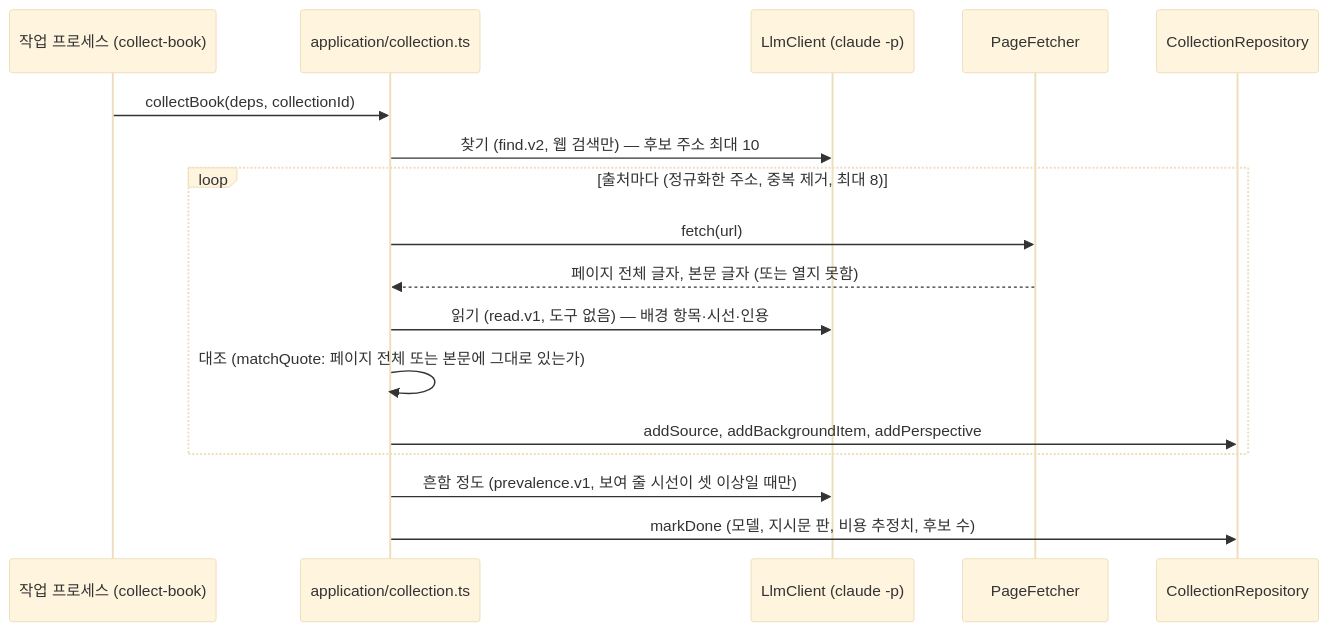
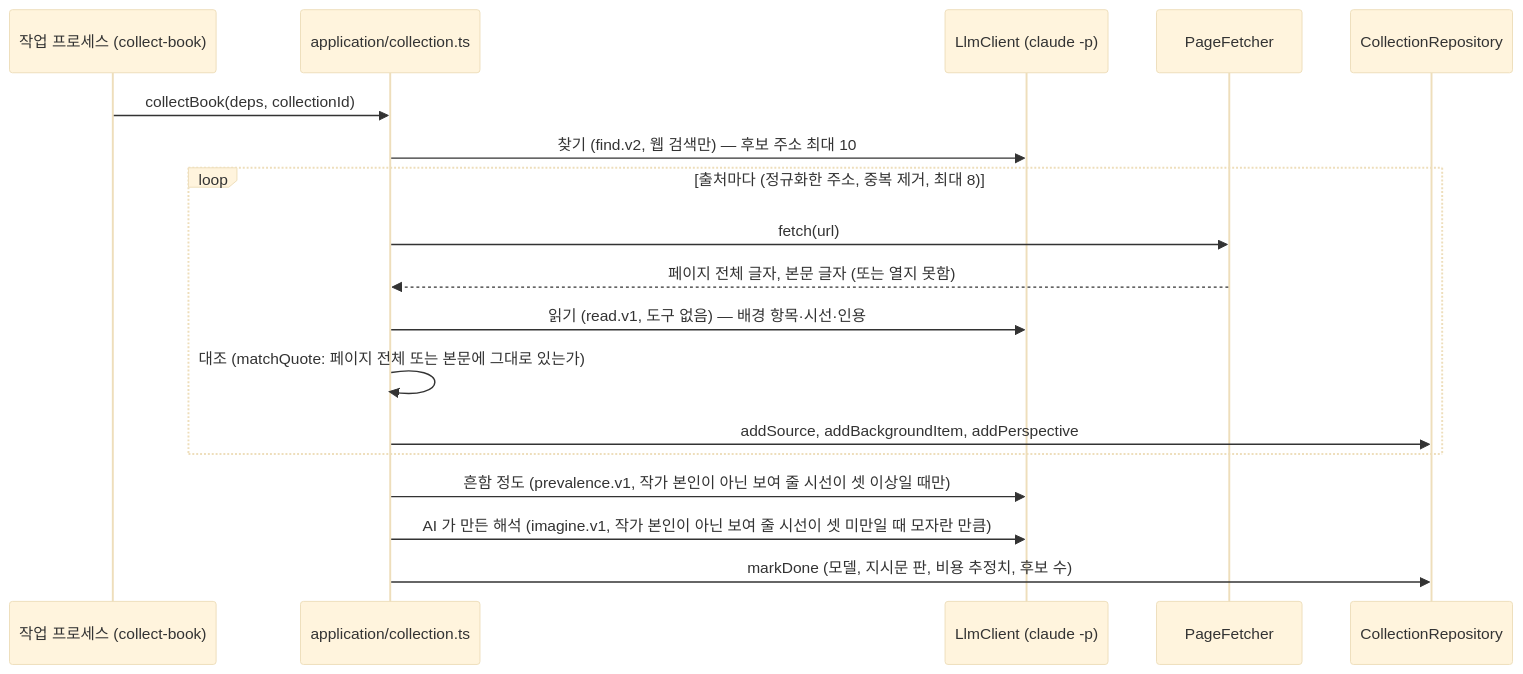
The fifth of 7 diagrams in docs/architecture.md (Changsik00/inkle), drawn with Mermaid (base theme) before and after one commit. The commit also changed other lines of this file and 3 other files, not shown here.

````diff
--- a/docs/architecture.md
+++ b/docs/architecture.md
@@ -214,19 +214,20 @@
 ```mermaid
 sequenceDiagram
     participant W as 작업 프로세스 (collect-book)
     participant U as application/collection.ts
     participant L as LlmClient (claude -p)
     participant F as PageFetcher
     participant R as CollectionRepository
     W->>U: collectBook(deps, collectionId)
     U->>L: 찾기 (find.v2, 웹 검색만) — 후보 주소 최대 10
     loop 출처마다 (정규화한 주소, 중복 제거, 최대 8)
         U->>F: fetch(url)
         F-->>U: 페이지 전체 글자, 본문 글자 (또는 열지 못함)
         U->>L: 읽기 (read.v1, 도구 없음) — 배경 항목·시선·인용
         U->>U: 대조 (matchQuote: 페이지 전체 또는 본문에 그대로 있는가)
         U->>R: addSource, addBackgroundItem, addPerspective
     end
-    U->>L: 흔함 정도 (prevalence.v1, 보여 줄 시선이 셋 이상일 때만)
+    U->>L: 흔함 정도 (prevalence.v1, 작가 본인이 아닌 보여 줄 시선이 셋 이상일 때만)
+    U->>L: AI 가 만든 해석 (imagine.v1, 작가 본인이 아닌 보여 줄 시선이 셋 미만일 때 모자란 만큼)
     U->>R: markDone (모델, 지시문 판, 비용 추정치, 후보 수)
 ```
````
